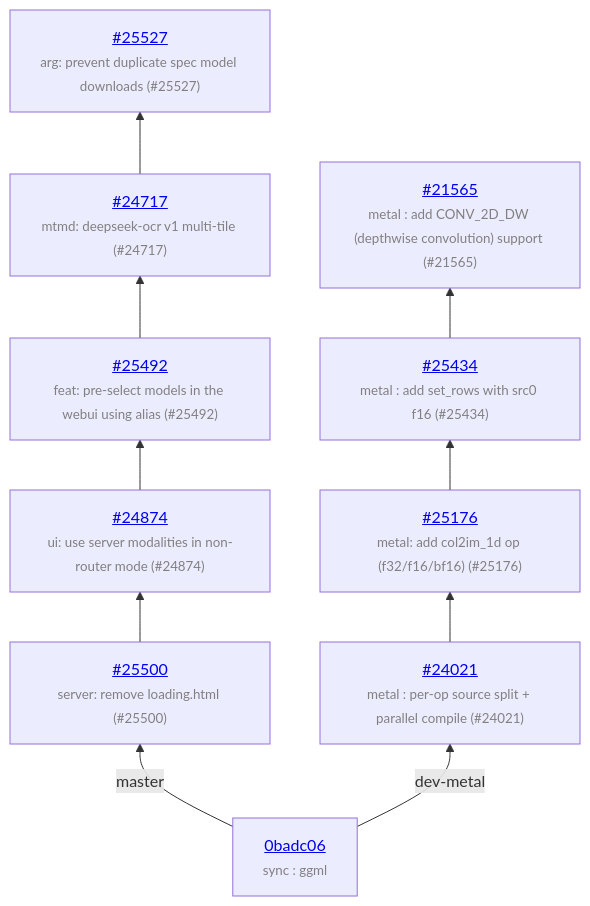
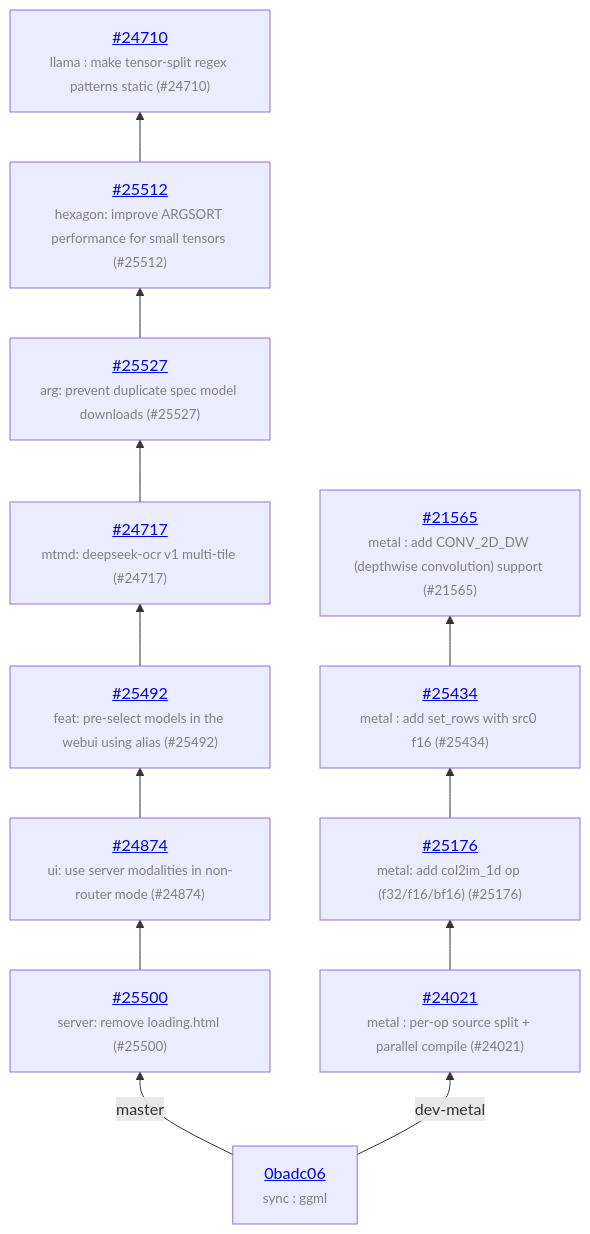
The diagram in README.md (ggml-org/llama.cpp-dev), drawn with Mermaid before and after one commit. The commit also changed other lines of this file and 1 other file, not shown here.

Commit message:
auto: update

````diff
--- a/README.md
+++ b/README.md
@@ -13,22 +13,26 @@
 ```mermaid
 graph BT
     COMMON["<a href='https://github.com/ggml-org/llama.cpp/commit/0badc06ab53a8eb96e01242b92ec1365c4465a2a'>0badc06</a><br/><span style='font-size:smaller;color:gray'>sync : ggml</span>"]
     COMMON -->|master| C_a935fbf
     C_a935fbf["<a href='https://github.com/ggml-org/llama.cpp/pull/25500'>#25500</a><br/><span style='font-size:smaller;color:gray'>server: remove loading.html (#25500)</span>"]
     C_a935fbf --> C_9f623c6
     C_9f623c6["<a href='https://github.com/ggml-org/llama.cpp/pull/24874'>#24874</a><br/><span style='font-size:smaller;color:gray'>ui: use server modalities in non-router mode (#24874)</span>"]
     C_9f623c6 --> C_07d9378
     C_07d9378["<a href='https://github.com/ggml-org/llama.cpp/pull/25492'>#25492</a><br/><span style='font-size:smaller;color:gray'>feat: pre-select models in the webui using alias (#25492)</span>"]
     C_07d9378 --> C_3e706dd
     C_3e706dd["<a href='https://github.com/ggml-org/llama.cpp/pull/24717'>#24717</a><br/><span style='font-size:smaller;color:gray'>mtmd: deepseek-ocr v1 multi-tile (#24717)</span>"]
     C_3e706dd --> C_22b69b6
     C_22b69b6["<a href='https://github.com/ggml-org/llama.cpp/pull/25527'>#25527</a><br/><span style='font-size:smaller;color:gray'>arg: prevent duplicate spec model downloads (#25527)</span>"]
+    C_22b69b6 --> C_67776ea
+    C_67776ea["<a href='https://github.com/ggml-org/llama.cpp/pull/25512'>#25512</a><br/><span style='font-size:smaller;color:gray'>hexagon: improve ARGSORT performance for small tensors (#25512)</span>"]
+    C_67776ea --> C_c749cb0
+    C_c749cb0["<a href='https://github.com/ggml-org/llama.cpp/pull/24710'>#24710</a><br/><span style='font-size:smaller;color:gray'>llama : make tensor-split regex patterns static (#24710)</span>"]
     COMMON -->|dev-metal| C_3835214
     C_3835214["<a href='https://github.com/ggml-org/llama.cpp/pull/24021'>#24021</a><br/><span style='font-size:smaller;color:gray'>metal : per-op source split + parallel compile (#24021)</span>"]
     C_3835214 --> C_de75555
     C_de75555["<a href='https://github.com/ggml-org/llama.cpp/pull/25176'>#25176</a><br/><span style='font-size:smaller;color:gray'>metal: add col2im_1d op (f32/f16/bf16) (#25176)</span>"]
     C_de75555 --> C_e3ea5de
     C_e3ea5de["<a href='https://github.com/ggml-org/llama.cpp/pull/25434'>#25434</a><br/><span style='font-size:smaller;color:gray'>metal : add set_rows with src0 f16 (#25434)</span>"]
     C_e3ea5de --> C_65dd913
     C_65dd913["<a href='https://github.com/ggml-org/llama.cpp/pull/21565'>#21565</a><br/><span style='font-size:smaller;color:gray'>metal : add CONV_2D_DW (depthwise convolution) support (#21565)</span>"]
 ```
````
